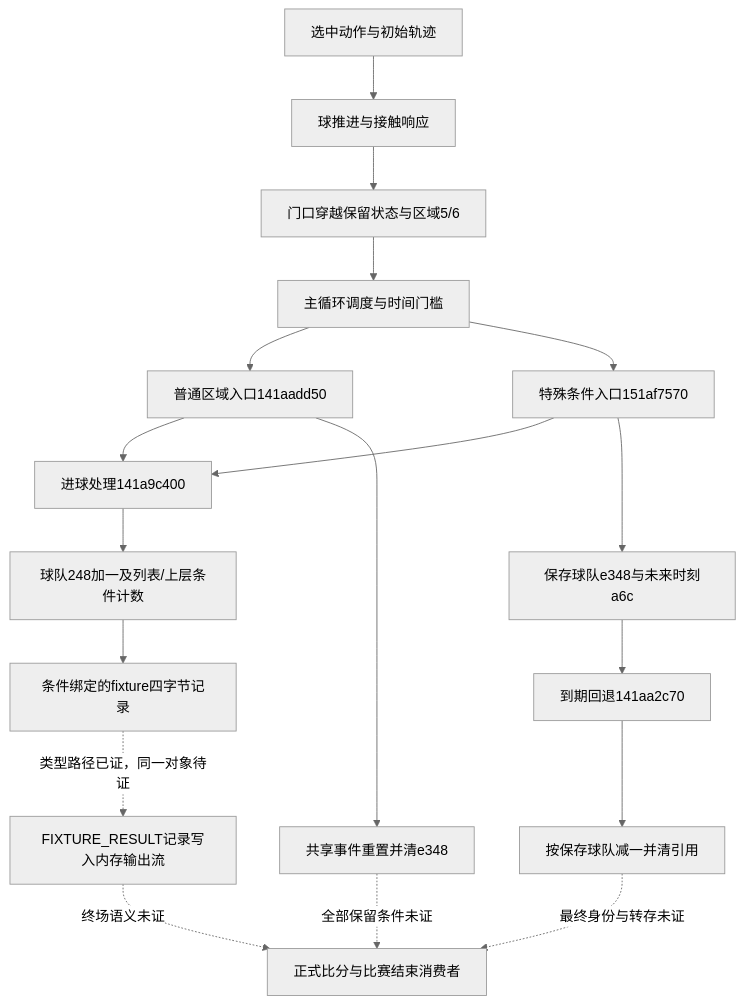
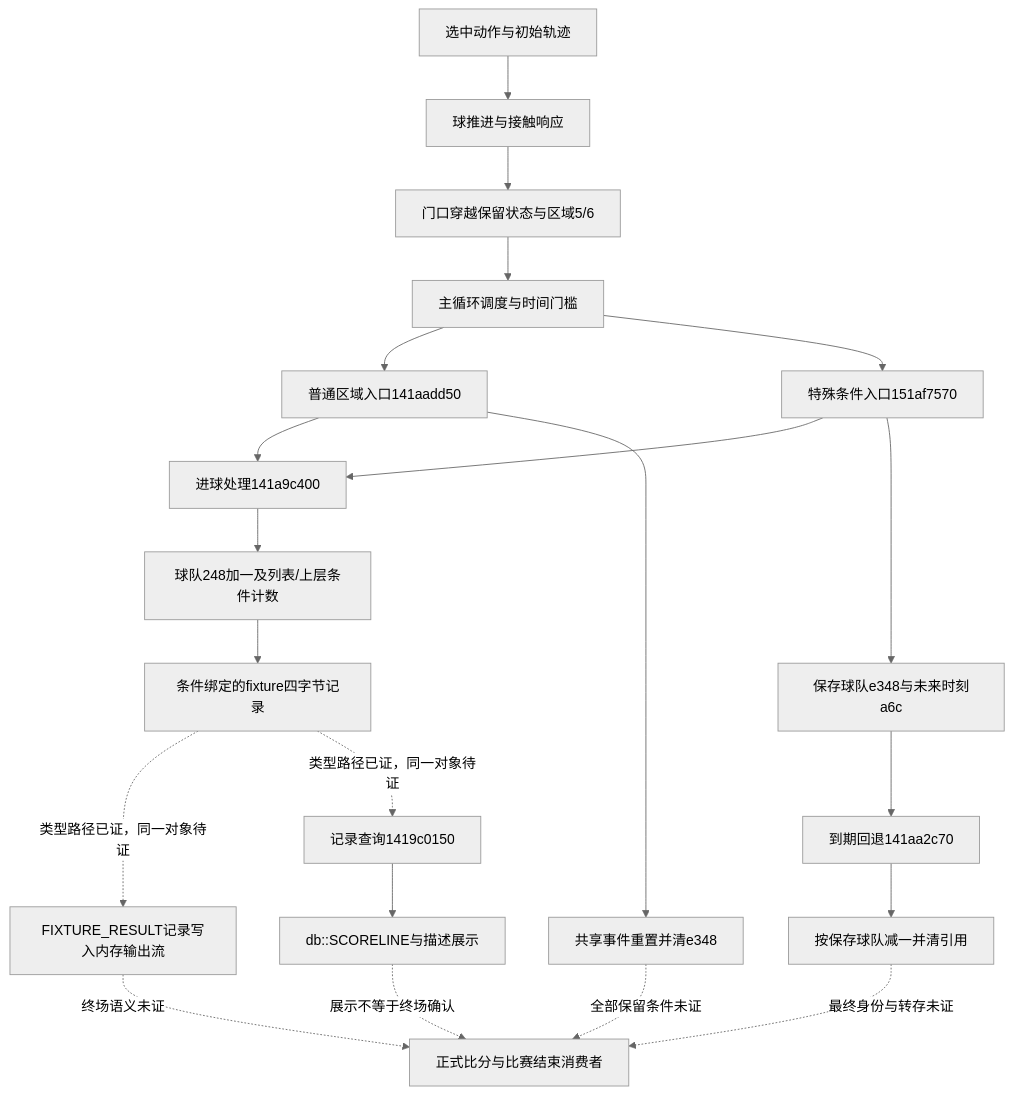
One commit to appleface2050/FM24-Engine-Research changed the diagram in RESEARCH_MAP.md. Above: the diagram before and after it, drawn with Mermaid (neutral theme). The commit also changed other lines of this file and 7 other files, not shown here.

````diff
--- a/RESEARCH_MAP.md
+++ b/RESEARCH_MAP.md
@@ -20,20 +20,23 @@
 ```mermaid
 flowchart TD
     A[选中动作与初始轨迹] --> B[球推进与接触响应]
     B --> C[门口穿越保留状态与区域5/6]
     C --> D[主循环调度与时间门槛]
     D --> E[普通区域入口141aadd50]
     E --> F[进球处理141a9c400]
     F --> G[球队248加一及列表/上层条件计数]
     E --> H[共享事件重置并清e348]
     D --> I[特殊条件入口151af7570]
     I --> F
     I --> J[保存球队e348与未来时刻a6c]
     J --> K[到期回退141aa2c70]
     K --> L[按保存球队减一并清引用]
     G --> N[条件绑定的fixture四字节记录]
     N -. 类型路径已证，同一对象待证 .-> O[FIXTURE_RESULT记录写入内存输出流]
     O -. 终场语义未证 .-> M[正式比分与比赛结束消费者]
+    N -. 类型路径已证，同一对象待证 .-> P[记录查询1419c0150]
+    P --> Q[db::SCORELINE与描述展示]
+    Q -. 展示不等于终场确认 .-> M
     L -. 最终身份与转存未证 .-> M
     H -. 全部保留条件未证 .-> M
 ```
````
